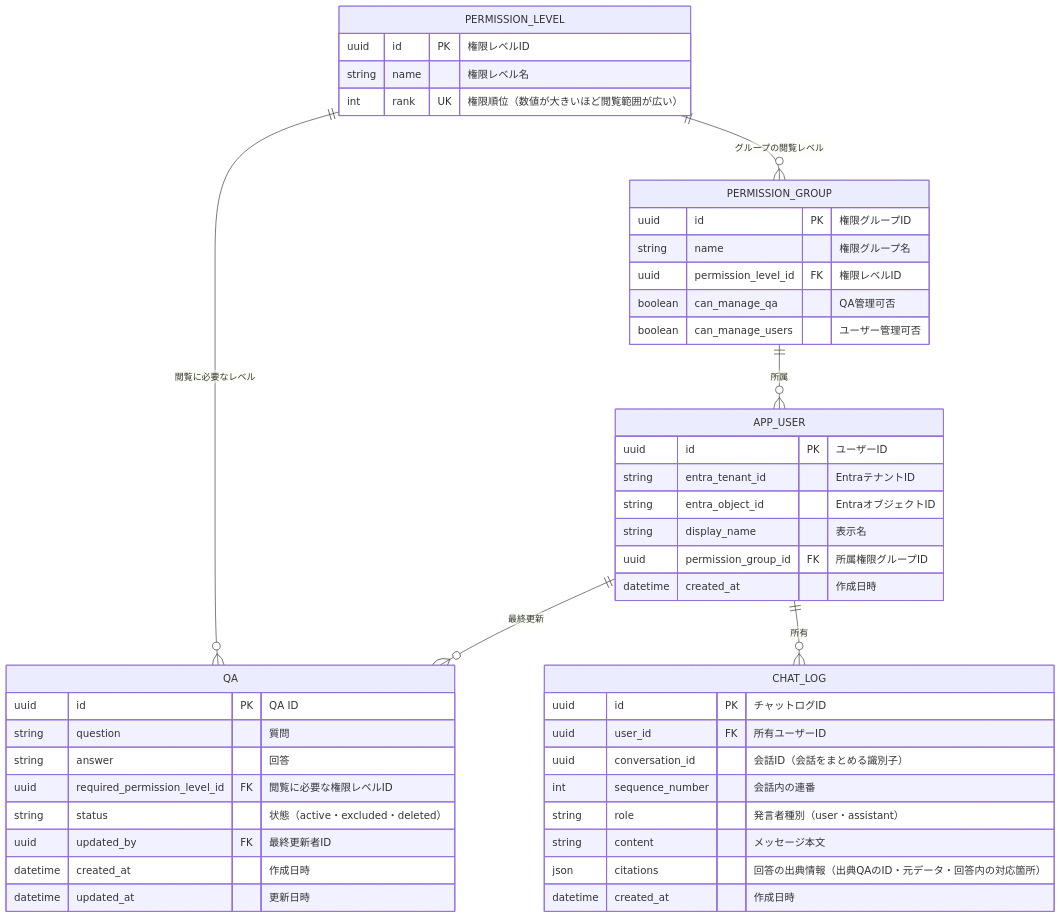
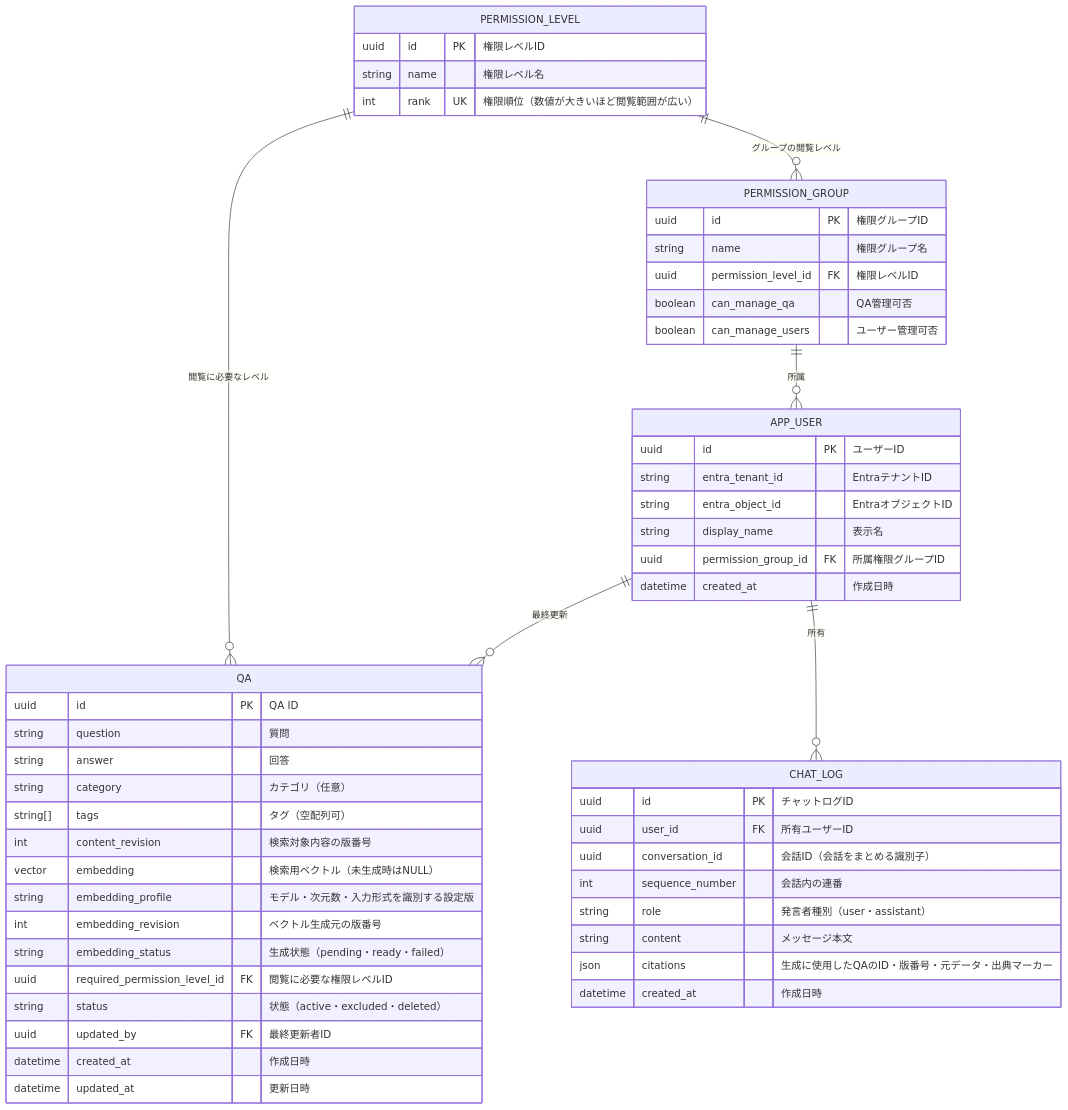
One commit to tatsu-mi/ss-local-ai changed the diagram in doc/er-diagram.md. Above: the diagram before and after it, drawn with Mermaid. The commit also changed other lines of this file and 4 other files, not shown here.

````diff
--- a/doc/er-diagram.md
+++ b/doc/er-diagram.md
@@ -7,49 +7,56 @@
 ```mermaid
 erDiagram
     APP_USER {
         uuid id PK "ユーザーID"
         string entra_tenant_id "EntraテナントID"
         string entra_object_id "EntraオブジェクトID"
         string display_name "表示名"
         uuid permission_group_id FK "所属権限グループID"
         datetime created_at "作成日時"
     }
     PERMISSION_GROUP {
         uuid id PK "権限グループID"
         string name "権限グループ名"
         uuid permission_level_id FK "権限レベルID"
         boolean can_manage_qa "QA管理可否"
         boolean can_manage_users "ユーザー管理可否"
     }
     PERMISSION_LEVEL {
         uuid id PK "権限レベルID"
         string name "権限レベル名"
         int rank UK "権限順位（数値が大きいほど閲覧範囲が広い）"
     }
     QA {
         uuid id PK "QA ID"
         string question "質問"
         string answer "回答"
+        string category "カテゴリ（任意）"
+        string[] tags "タグ（空配列可）"
+        int content_revision "検索対象内容の版番号"
+        vector embedding "検索用ベクトル（未生成時はNULL）"
+        string embedding_profile "モデル・次元数・入力形式を識別する設定版"
+        int embedding_revision "ベクトル生成元の版番号"
+        string embedding_status "生成状態（pending・ready・failed）"
         uuid required_permission_level_id FK "閲覧に必要な権限レベルID"
         string status "状態（active・excluded・deleted）"
         uuid updated_by FK "最終更新者ID"
         datetime created_at "作成日時"
         datetime updated_at "更新日時"
     }
     CHAT_LOG {
         uuid id PK "チャットログID"
         uuid user_id FK "所有ユーザーID"
         uuid conversation_id "会話ID（会話をまとめる識別子）"
         int sequence_number "会話内の連番"
         string role "発言者種別（user・assistant）"
         string content "メッセージ本文"
-        json citations "回答の出典情報（出典QAのID・元データ・回答内の対応箇所）"
+        json citations "生成に使用したQAのID・版番号・元データ・出典マーカー"
         datetime created_at "作成日時"
     }
 
     PERMISSION_LEVEL ||--o{ PERMISSION_GROUP : "グループの閲覧レベル"
     PERMISSION_GROUP ||--o{ APP_USER : "所属"
     PERMISSION_LEVEL ||--o{ QA : "閲覧に必要なレベル"
     APP_USER ||--o{ QA : "最終更新"
     APP_USER ||--o{ CHAT_LOG : "所有"
 ```
````
